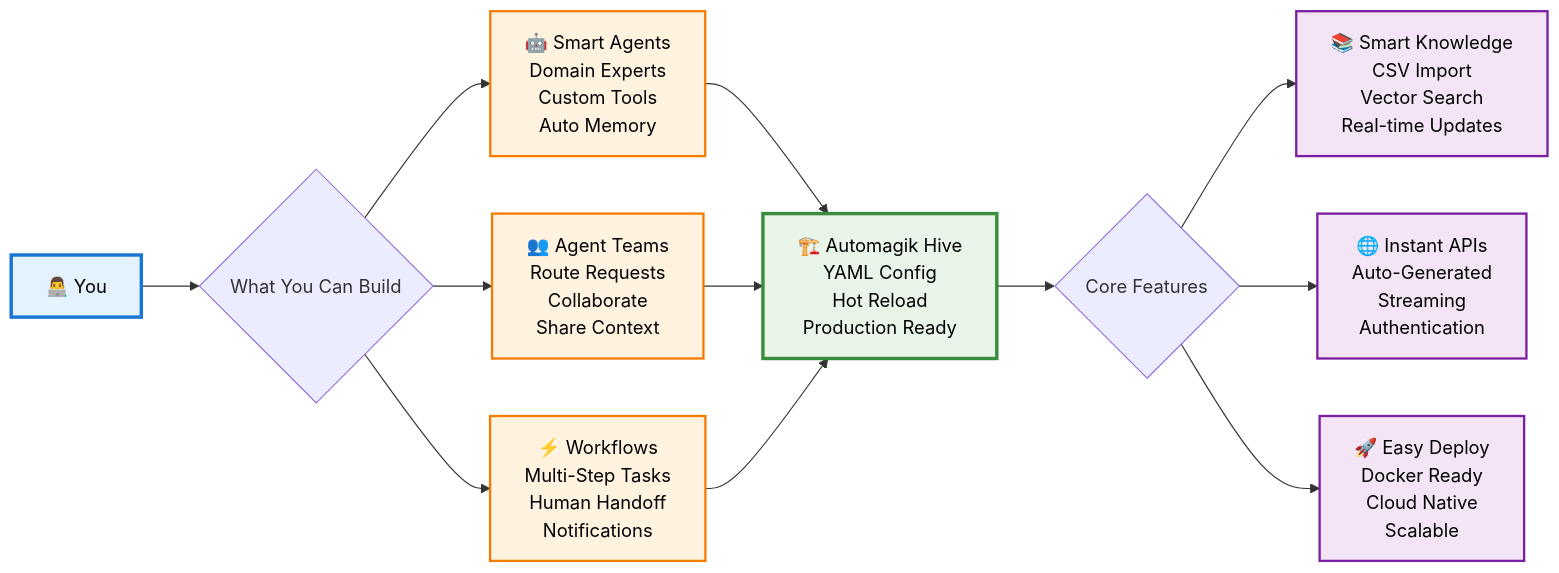
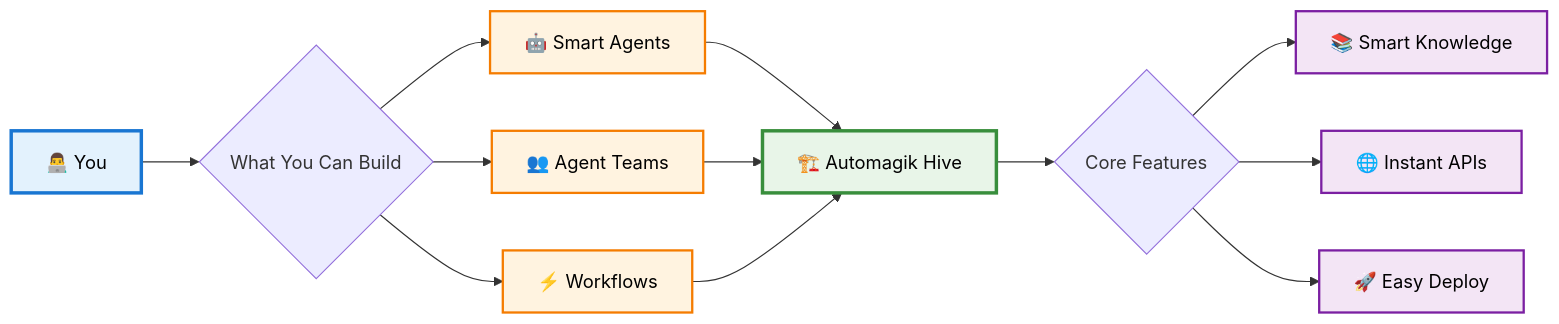
The diagram in README.md (namastexlabs/automagik-hive), drawn with Mermaid before and after one commit. The commit also changed other lines of this file, not shown here.

````diff
--- a/README.md
+++ b/README.md
@@ -38,32 +27,27 @@
 ```mermaid
 graph LR
-    %% What You Can Build
     You[👨‍💻 You] --> Build{What You Can Build}
     
-    %% Simple Options
-    Build --> Agent[🤖 Smart Agents<br/>Domain Experts<br/>Custom Tools<br/>Auto Memory]
-    Build --> Team[👥 Agent Teams<br/>Route Requests<br/>Collaborate<br/>Share Context]
-    Build --> Workflow[⚡ Workflows<br/>Multi-Step Tasks<br/>Human Handoff<br/>Notifications]
+    Build --> Agent[🤖 Smart Agents]
+    Build --> Team[👥 Agent Teams]
+    Build --> Workflow[⚡ Workflows]
     
-    %% Powered By
-    Agent --> Framework[🏗️ Automagik Hive<br/>YAML Config<br/>Hot Reload<br/>Production Ready]
+    Agent --> Framework[🏗️ Automagik Hive]
     Team --> Framework
     Workflow --> Framework
     
-    %% Features
     Framework --> Features{Core Features}
-    Features --> Knowledge[📚 Smart Knowledge<br/>CSV Import<br/>Vector Search<br/>Real-time Updates]
-    Features --> API[🌐 Instant APIs<br/>Auto-Generated<br/>Streaming<br/>Authentication]
-    Features --> Deploy[🚀 Easy Deploy<br/>Docker Ready<br/>Cloud Native<br/>Scalable]
+    Features --> Knowledge[📚 Smart Knowledge]
+    Features --> API[🌐 Instant APIs]
+    Features --> Deploy[🚀 Easy Deploy]
     
-    %% Styling
     classDef you fill:#e3f2fd,stroke:#1976d2,stroke-width:3px,color:#000000
     classDef build fill:#fff3e0,stroke:#f57c00,stroke-width:2px,color:#000000
     classDef framework fill:#e8f5e8,stroke:#388e3c,stroke-width:3px,color:#000000
     classDef features fill:#f3e5f5,stroke:#7b1fa2,stroke-width:2px,color:#000000
     
     class You you
     class Agent,Team,Workflow build
     class Framework framework
     class Knowledge,API,Deploy features
 ```
````
